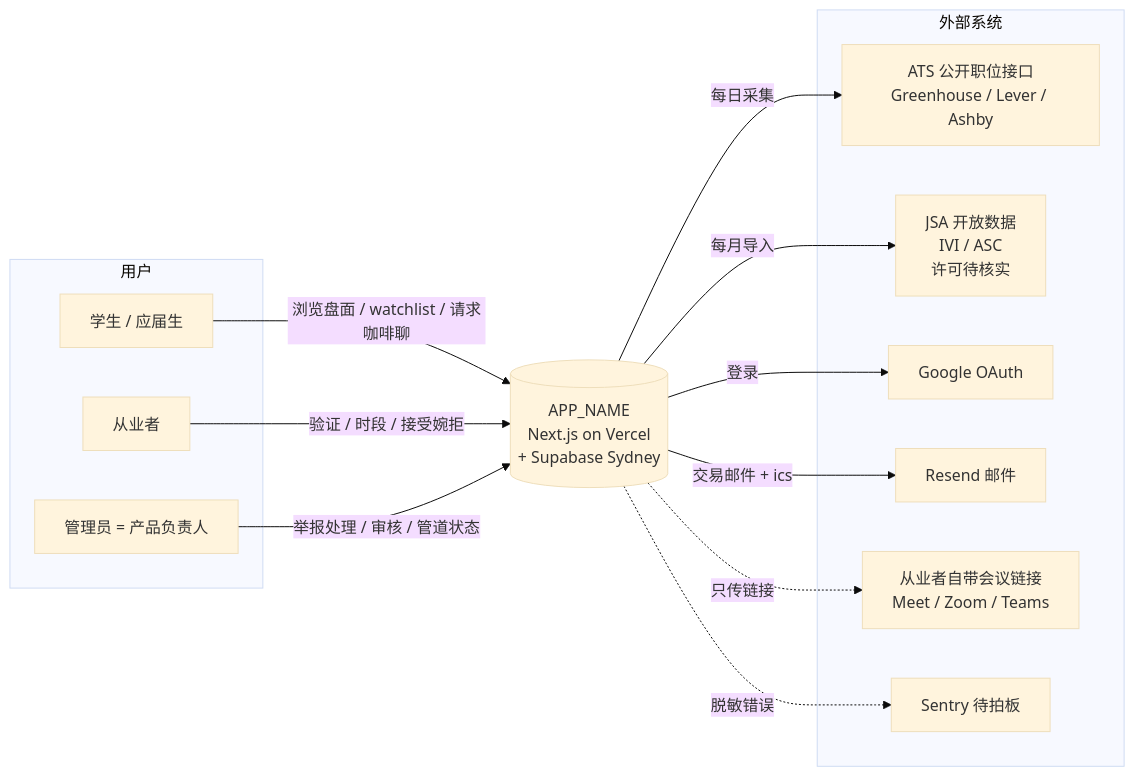
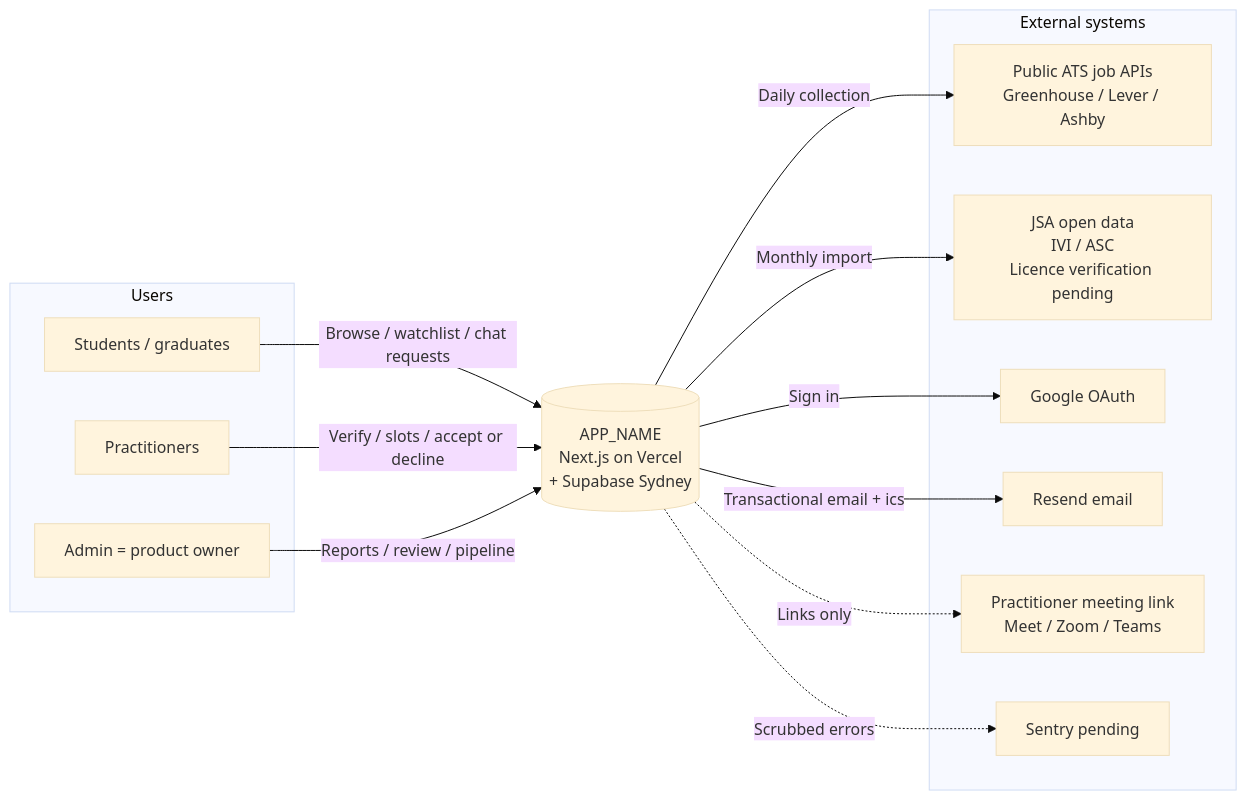
Before and after one commit to plcme/skill-market: the first of 9 diagrams in docs/ARCHITECTURE.md, drawn with Mermaid (base theme). The commit also changed other lines of this file and 29 other files, not shown here.

````diff
--- a/docs/ARCHITECTURE.md
+++ b/docs/ARCHITECTURE.md
@@ -73,26 +73,26 @@
 ```mermaid
 flowchart LR
-    subgraph users[用户]
-        S["学生 / 应届生"]
-        P[从业者]
-        A["管理员 = 产品负责人"]
+    subgraph users[Users]
+        S["Students / graduates"]
+        P[Practitioners]
+        A["Admin = product owner"]
     end
-    subgraph ext[外部系统]
-        ATS["ATS 公开职位接口<br/>Greenhouse / Lever / Ashby"]
-        JSA["JSA 开放数据<br/>IVI / ASC<br/>许可待核实"]
+    subgraph ext[External systems]
+        ATS["Public ATS job APIs<br/>Greenhouse / Lever / Ashby"]
+        JSA["JSA open data<br/>IVI / ASC<br/>Licence verification pending"]
         GOOG[Google OAuth]
-        RES[Resend 邮件]
-        VID["从业者自带会议链接<br/>Meet / Zoom / Teams"]
-        SEN[Sentry 待拍板]
+        RES[Resend email]
+        VID["Practitioner meeting link<br/>Meet / Zoom / Teams"]
+        SEN[Sentry pending]
     end
     SYS[("APP_NAME<br/>Next.js on Vercel<br/>+ Supabase Sydney")]
-    S -- 浏览盘面 / watchlist / 请求咖啡聊 --> SYS
-    P -- 验证 / 时段 / 接受婉拒 --> SYS
-    A -- 举报处理 / 审核 / 管道状态 --> SYS
-    SYS -- 每日采集 --> ATS
-    SYS -- 每月导入 --> JSA
-    SYS -- 登录 --> GOOG
-    SYS -- 交易邮件 + ics --> RES
-    SYS -. 只传链接 .-> VID
-    SYS -. 脱敏错误 .-> SEN
+    S -- Browse / watchlist / chat requests --> SYS
+    P -- Verify / slots / accept or decline --> SYS
+    A -- Reports / review / pipeline --> SYS
+    SYS -- Daily collection --> ATS
+    SYS -- Monthly import --> JSA
+    SYS -- Sign in --> GOOG
+    SYS -- Transactional email + ics --> RES
+    SYS -. Links only .-> VID
+    SYS -. Scrubbed errors .-> SEN
 ```
````
